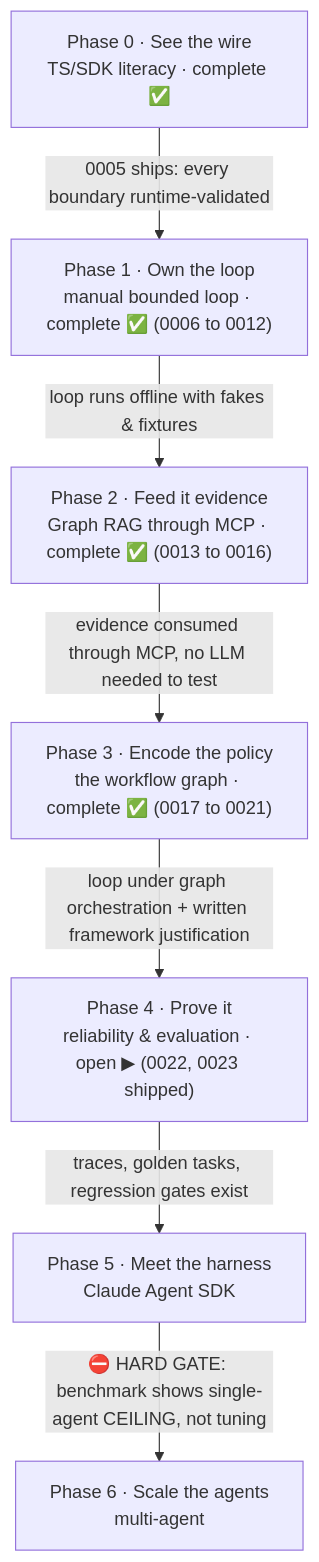
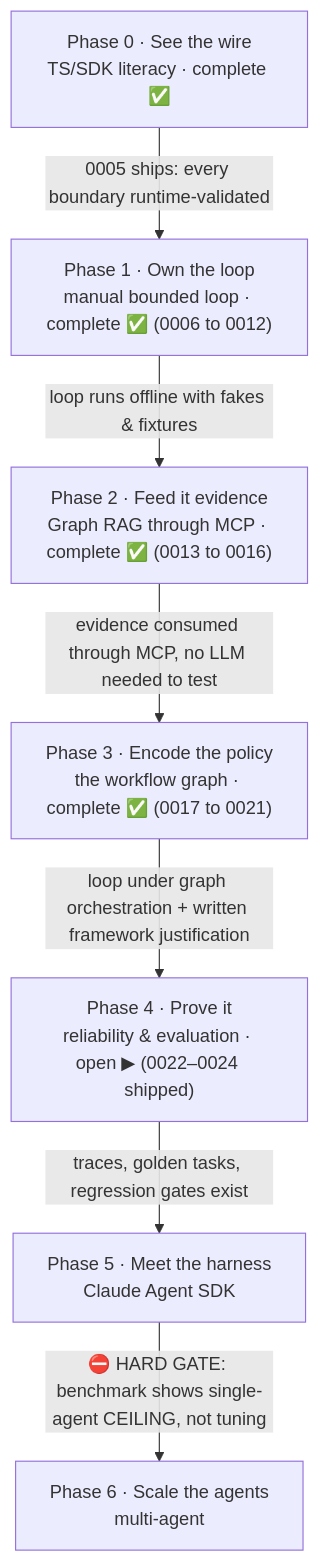
One commit to JozsefKiss90/TS changed the first of 7 diagrams in wiki/course/course-module-graph.md. Above: the diagram before and after it, drawn with Mermaid. The commit also changed other lines of this file and 14 other files, not shown here.

````diff
--- a/wiki/course/course-module-graph.md
+++ b/wiki/course/course-module-graph.md
@@ -17,16 +17,16 @@
 ```mermaid
 flowchart TD
     P0["Phase 0 · See the wire<br/>TS/SDK literacy · complete ✅"]
     P1["Phase 1 · Own the loop<br/>manual bounded loop · complete ✅ (0006 to 0012)"]
     P2["Phase 2 · Feed it evidence<br/>Graph RAG through MCP · complete ✅ (0013 to 0016)"]
     P3["Phase 3 · Encode the policy<br/>the workflow graph · complete ✅ (0017 to 0021)"]
-    P4["Phase 4 · Prove it<br/>reliability & evaluation · open ▶ (0022, 0023 shipped)"]
+    P4["Phase 4 · Prove it<br/>reliability & evaluation · open ▶ (0022–0024 shipped)"]
     P5["Phase 5 · Meet the harness<br/>Claude Agent SDK"]
     P6["Phase 6 · Scale the agents<br/>multi-agent"]
     P0 -->|"0005 ships: every boundary runtime-validated"| P1
     P1 -->|"loop runs offline with fakes & fixtures"| P2
     P2 -->|"evidence consumed through MCP, no LLM needed to test"| P3
     P3 -->|"loop under graph orchestration + written framework justification"| P4
     P4 -->|"traces, golden tasks, regression gates exist"| P5
     P5 -->|"⛔ HARD GATE: benchmark shows single-agent CEILING, not tuning"| P6
 ```
````
